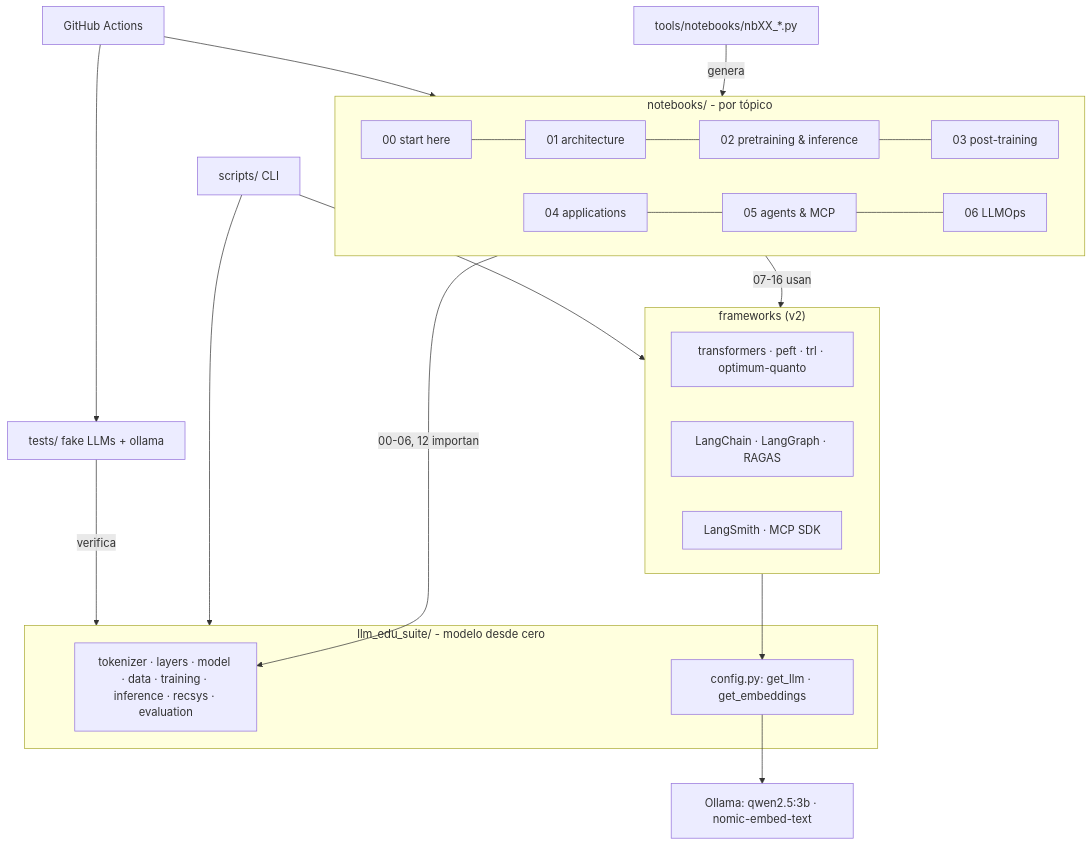
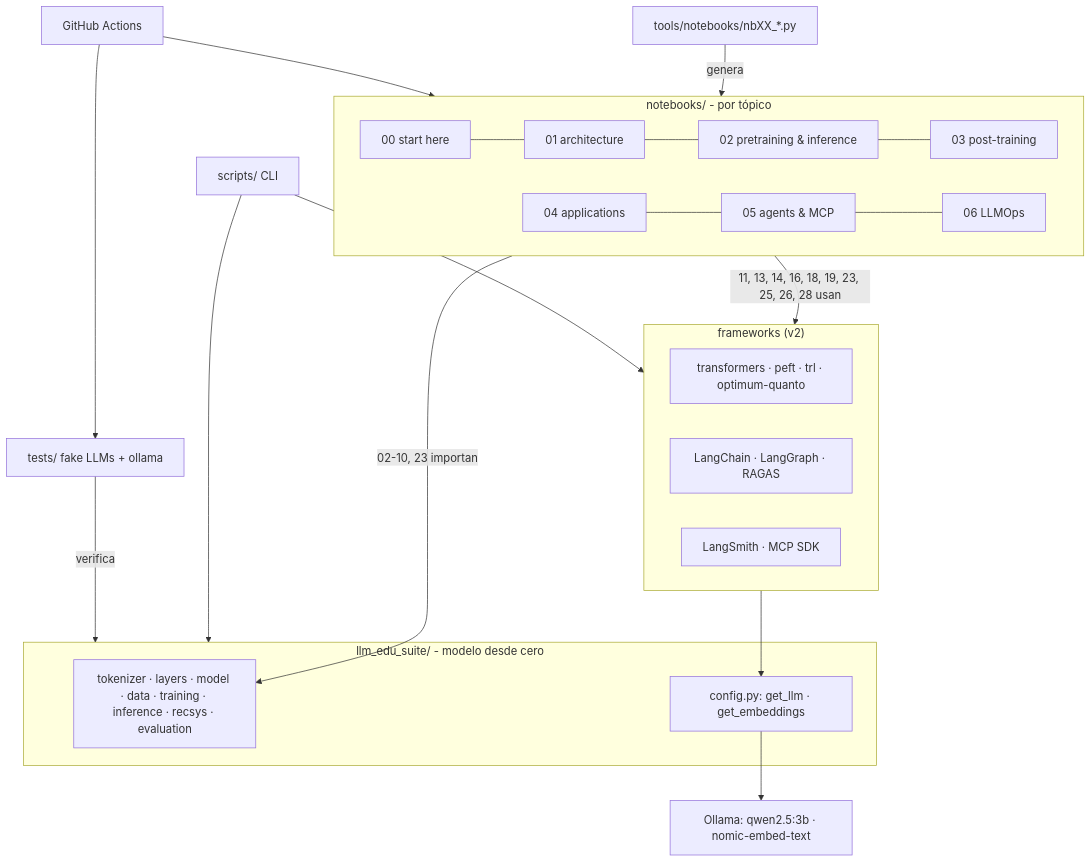
One commit to ZoodiacR/llm-edu-suite changed the diagram in docs/es/caso_de_estudio.md. Above: the diagram before and after it, drawn with Mermaid. The commit also changed other lines of this file and 161 other files, not shown here.

````diff
--- a/docs/es/caso_de_estudio.md
+++ b/docs/es/caso_de_estudio.md
@@ -36,26 +36,26 @@
 ```mermaid
 flowchart TB
     subgraph NB[notebooks/ - por tópico]
         A0[00 start here] --- A1[01 architecture] --- A2[02 pretraining & inference] --- A3[03 post-training]
         A4[04 applications] --- A5[05 agents & MCP] --- A6[06 LLMOps]
     end
     subgraph PKG[llm_edu_suite/ - modelo desde cero]
         core[tokenizer · layers · model · data · training · inference · recsys · evaluation]
         cfg["config.py: get_llm · get_embeddings"]
     end
     subgraph FW["frameworks (v2)"]
         hf[transformers · peft · trl · optimum-quanto]
         lc[LangChain · LangGraph · RAGAS]
         ops[LangSmith · MCP SDK]
     end
     OLL["Ollama: qwen2.5:3b · nomic-embed-text"]
     GEN[tools/notebooks/nbXX_*.py] -->|genera| NB
-    NB -->|00-06, 12 importan| core
-    NB -->|07-16 usan| FW
+    NB -->|02-10, 23 importan| core
+    NB -->|11, 13, 14, 16, 18, 19, 23, 25, 26, 28 usan| FW
     FW --> cfg --> OLL
     SCR[scripts/ CLI] --> PKG
     SCR --> FW
     TST["tests/ fake LLMs + ollama"] -->|verifica| PKG
     CI[GitHub Actions] --> TST
     CI --> NB
 ```
````
